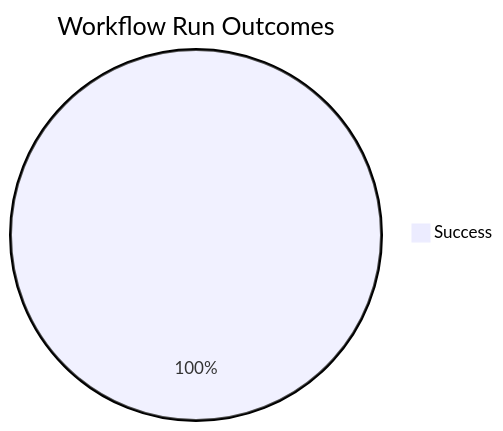
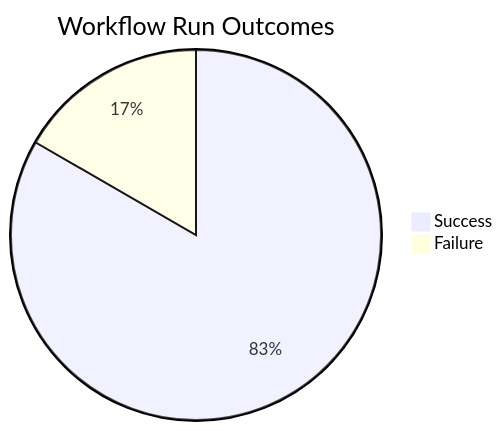
One commit to ukma-cs-ssdm-2025/rate-ukma changed the first of 4 diagrams in docs/ci-cd/dora-summary.md. Above: the diagram before and after it, drawn with Mermaid. The commit also changed other lines of this file, not shown here.

````diff
--- a/docs/ci-cd/dora-summary.md
+++ b/docs/ci-cd/dora-summary.md
@@ -22,4 +22,5 @@
 ```mermaid
 pie title Workflow Run Outcomes
-    "Success" : 4
+    "Success" : 5
+    "Failure" : 1
 ```
````
